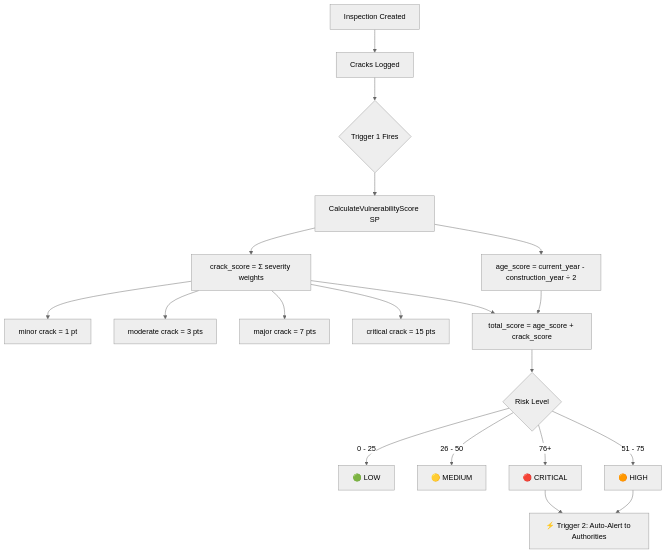
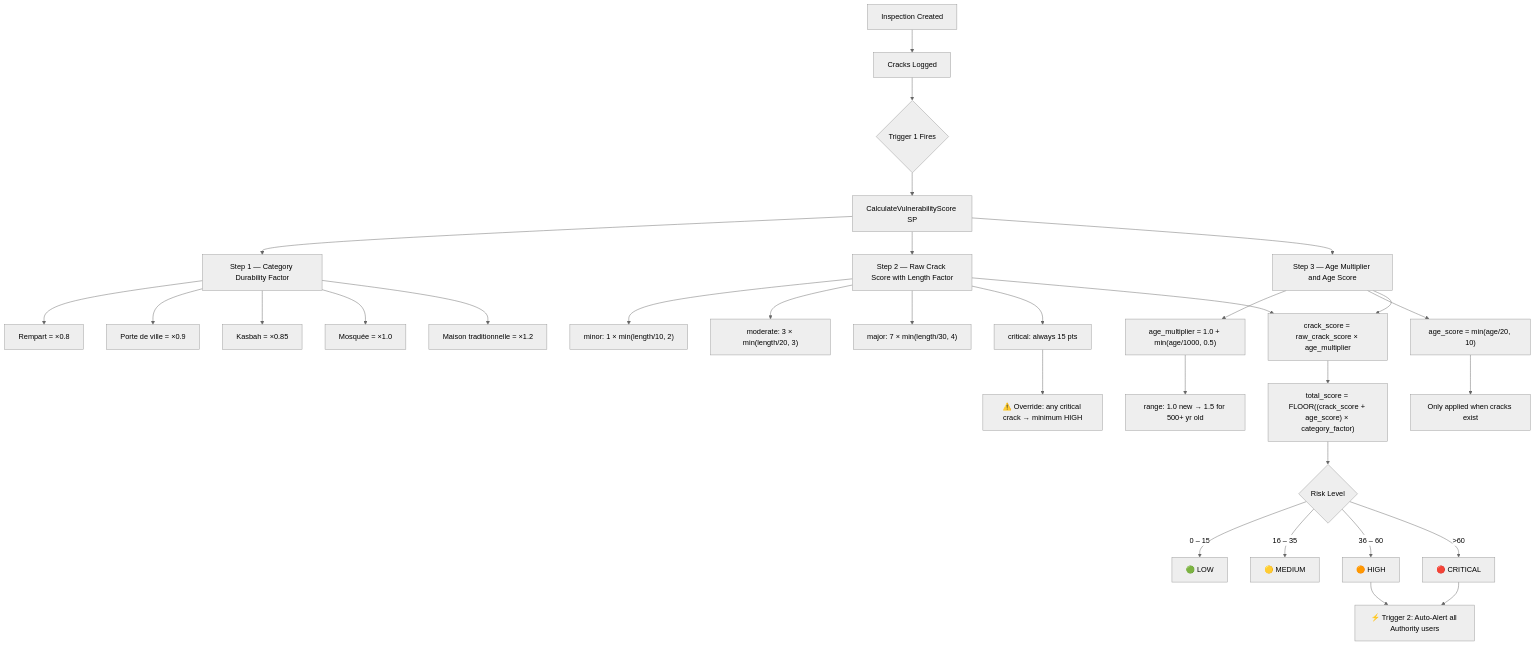
The fourth of 6 diagrams in README.md (itsAimad/Taroudant-Heritage-Monitoring), drawn with Mermaid (neutral theme) before and after one commit. The commit also changed other lines of this file, not shown here.

Commit message:
Changes on the architecture - triggers - workflow

````diff
--- a/README.md
+++ b/README.md
@@ -234,24 +239,39 @@
 ```mermaid
 flowchart TD
     A[Inspection Created] --> B[Cracks Logged]
     B --> C{Trigger 1 Fires}
     C --> D[CalculateVulnerabilityScore SP]
-    
-    D --> E[age_score = current_year - construction_year ÷ 2]
-    D --> F[crack_score = Σ severity weights]
-    
-    F --> F1[minor crack = 1 pt]
-    F --> F2[moderate crack = 3 pts]
-    F --> F3[major crack = 7 pts]
-    F --> F4[critical crack = 15 pts]
-    
-    E & F --> G[total_score = age_score + crack_score]
-    
-    G --> H{Risk Level}
-    H -->|0 - 25| I[🟢 LOW]
-    H -->|26 - 50| J[🟡 MEDIUM]
-    H -->|51 - 75| K[🟠 HIGH]
-    H -->|76+| L[🔴 CRITICAL]
-    
-    K & L --> M[⚡ Trigger 2: Auto-Alert to Authorities]
+
+    D --> CAT[Step 1 — Category Durability Factor]
+    CAT --> CAT1[Rempart = ×0.8]
+    CAT --> CAT2[Porte de ville = ×0.9]
+    CAT --> CAT3[Kasbah = ×0.85]
+    CAT --> CAT4[Mosquée = ×1.0]
+    CAT --> CAT5[Maison traditionnelle = ×1.2]
+
+    D --> F[Step 2 — Raw Crack Score with Length Factor]
+    F --> F1["minor: 1 × min(length/10, 2)"]
+    F --> F2["moderate: 3 × min(length/20, 3)"]
+    F --> F3["major: 7 × min(length/30, 4)"]
+    F --> F4[critical: always 15 pts]
+
+    D --> E[Step 3 — Age Multiplier and Age Score]
+    E --> E1["age_multiplier = 1.0 + min(age/1000, 0.5)"]
+    E1 --> E2["range: 1.0 new → 1.5 for 500+ yr old"]
+    E --> E3["age_score = min(age/20, 10)"]
+    E3 --> E4[Only applied when cracks exist]
+
+    F & E --> G["crack_score = raw_crack_score × age_multiplier"]
+    G --> H["total_score = FLOOR((crack_score + age_score) × category_factor)"]
+
+    H --> I{Risk Level}
+    I -->|"0 – 15"| J["🟢 LOW"]
+    I -->|"16 – 35"| K["🟡 MEDIUM"]
+    I -->|"36 – 60"| L["🟠 HIGH"]
+    I -->|">60"| M["🔴 CRITICAL"]
+
+    N["⚠️ Override: any critical crack → minimum HIGH"]
+    F4 --> N
+
+    L & M --> O["⚡ Trigger 2: Auto-Alert all Authority users"]
 ```
````
